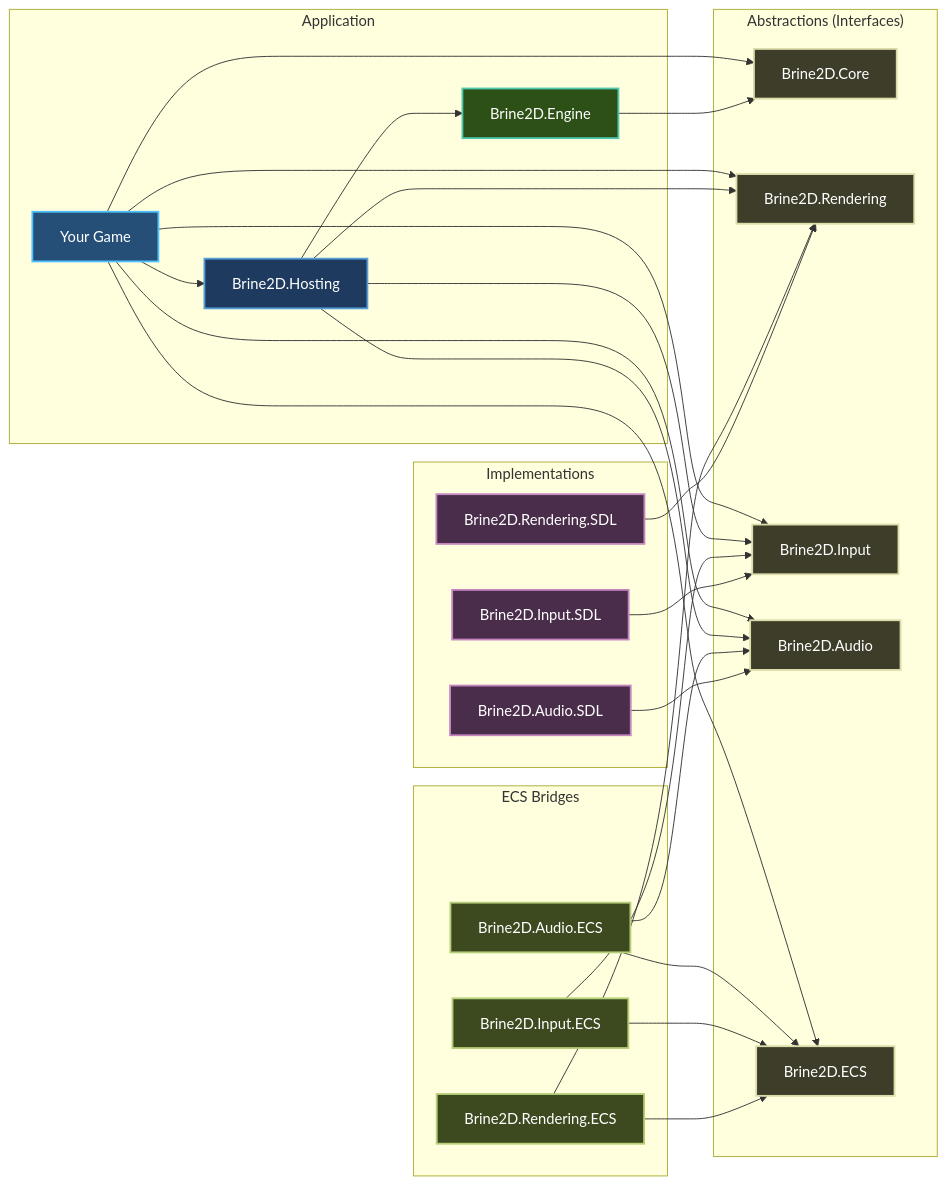
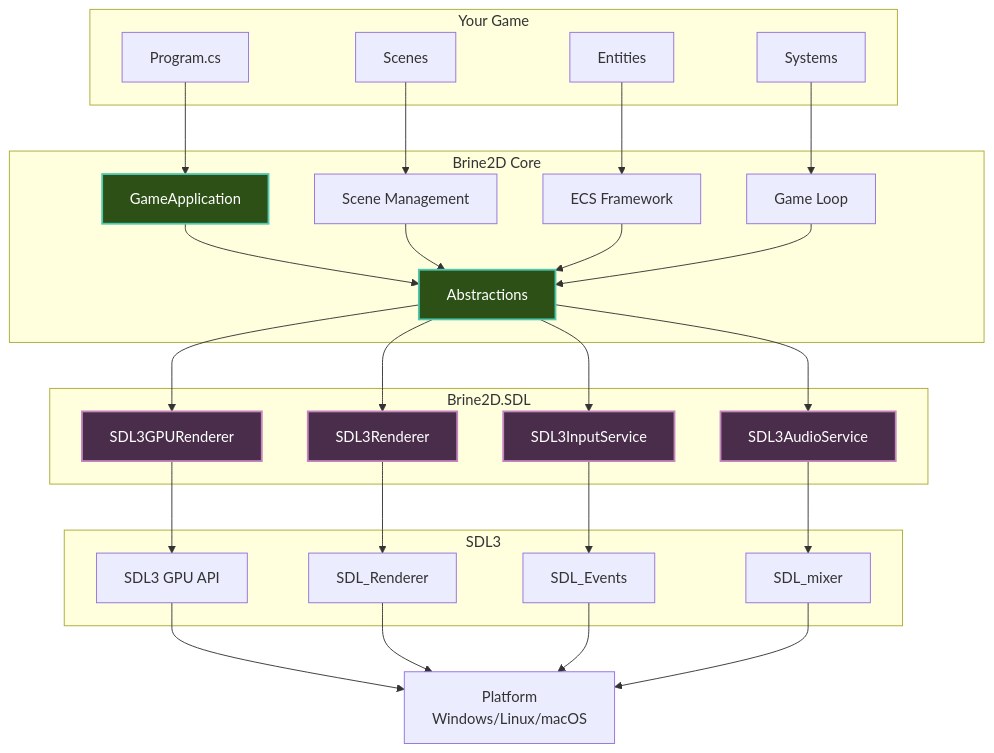
The sixth of 6 diagrams in docs/concepts/architecture.md (CrazyPickleStudios/Brine2D-Documentation), drawn with Mermaid before and after one commit. The commit also changed other lines of this file and 19 other files, not shown here.

````diff
--- a/docs/concepts/architecture.md
+++ b/docs/concepts/architecture.md
@@ -161,67 +816,63 @@
-```mermaid
-graph LR
-    subgraph "Abstractions (Interfaces)"
-        CORE["Brine2D.Core"]
-        RENDERING["Brine2D.Rendering"]
-        INPUT["Brine2D.Input"]
-        AUDIO["Brine2D.Audio"]
-        ECS["Brine2D.ECS"]
+~~~mermaid
+graph TB
+    subgraph "Your Game"
+        A1[Program.cs]
+        A2[Scenes]
+        A3[Entities]
+        A4[Systems]
     end
     
-    subgraph "Implementations"
-        SDL_RENDER["Brine2D.Rendering.SDL"]
-        SDL_INPUT["Brine2D.Input.SDL"]
-        SDL_AUDIO["Brine2D.Audio.SDL"]
+    subgraph "Brine2D Core"
+        B1[GameApplication]
+        B2[Scene Management]
+        B3[ECS Framework]
+        B4[Game Loop]
+        B5[Abstractions]
     end
     
-    subgraph "ECS Bridges"
-        RENDER_ECS["Brine2D.Rendering.ECS"]
-        INPUT_ECS["Brine2D.Input.ECS"]
-        AUDIO_ECS["Brine2D.Audio.ECS"]
+    subgraph "Brine2D.SDL"
+        C1[SDL3GPURenderer]
+        C2[SDL3Renderer]
+        C3[SDL3InputService]
+        C4[SDL3AudioService]
     end
     
-    subgraph "Application"
-        HOSTING["Brine2D.Hosting"]
-        ENGINE["Brine2D.Engine"]
-        GAME["Your Game"]
+    subgraph "SDL3"
+        D1[SDL3 GPU API]
+        D2[SDL_Renderer]
+        D3[SDL_Events]
+        D4[SDL_mixer]
     end
     
-    SDL_RENDER --> RENDERING
-    SDL_INPUT --> INPUT
-    SDL_AUDIO --> AUDIO
+    A1 --> B1
+    A2 --> B2
+    A3 --> B3
+    A4 --> B4
     
-    RENDER_ECS --> RENDERING
-    RENDER_ECS --> ECS
-    INPUT_ECS --> INPUT
-    INPUT_ECS --> ECS
-    AUDIO_ECS --> AUDIO
-    AUDIO_ECS --> ECS
+    B1 --> B5
+    B2 --> B5
+    B3 --> B5
+    B4 --> B5
     
-    ENGINE --> CORE
-    HOSTING --> ENGINE
-    HOSTING --> RENDERING
-    HOSTING --> INPUT
-    HOSTING --> AUDIO
+    B5 --> C1
+    B5 --> C2
+    B5 --> C3
+    B5 --> C4
     
-    GAME --> HOSTING
-    GAME --> CORE
-    GAME --> RENDERING
-    GAME --> INPUT
-    GAME --> AUDIO
-    GAME --> ECS
-
-    style CORE fill:#3d3d2a,stroke:#dcdcaa,stroke-width:2px,color:#fff
-    style RENDERING fill:#3d3d2a,stroke:#dcdcaa,stroke-width:2px,color:#fff
-    style INPUT fill:#3d3d2a,stroke:#dcdcaa,stroke-width:2px,color:#fff
-    style AUDIO fill:#3d3d2a,stroke:#dcdcaa,stroke-width:2px,color:#fff
-    style ECS fill:#3d3d2a,stroke:#dcdcaa,stroke-width:2px,color:#fff
-    style SDL_RENDER fill:#4a2d4a,stroke:#c586c0,stroke-width:2px,color:#fff
-    style SDL_INPUT fill:#4a2d4a,stroke:#c586c0,stroke-width:2px,color:#fff
-    style SDL_AUDIO fill:#4a2d4a,stroke:#c586c0,stroke-width:2px,color:#fff
-    style RENDER_ECS fill:#3d4a1f,stroke:#b5ce78,stroke-width:2px,color:#fff
-    style INPUT_ECS fill:#3d4a1f,stroke:#b5ce78,stroke-width:2px,color:#fff
-    style AUDIO_ECS fill:#3d4a1f,stroke:#b5ce78,stroke-width:2px,color:#fff
-    style HOSTING fill:#1e3a5f,stroke:#569cd6,stroke-width:2px,color:#fff
-    style ENGINE fill:#2d5016,stroke:#4ec9b0,stroke-width:2px,color:#fff
-    style GAME fill:#264f78,stroke:#4fc1ff,stroke-width:2px,color:#fff
-```
+    C1 --> D1
+    C2 --> D2
+    C3 --> D3
+    C4 --> D4
+    
+    D1 --> E[Platform<br/>Windows/Linux/macOS]
+    D2 --> E
+    D3 --> E
+    D4 --> E
+    
+    style B1 fill:#2d5016,stroke:#4ec9b0,stroke-width:2px,color:#fff
+    style B5 fill:#2d5016,stroke:#4ec9b0,stroke-width:2px,color:#fff
+    style C1 fill:#4a2d4a,stroke:#c586c0,stroke-width:2px,color:#fff
+    style C2 fill:#4a2d4a,stroke:#c586c0,stroke-width:2px,color:#fff
+    style C3 fill:#4a2d4a,stroke:#c586c0,stroke-width:2px,color:#fff
+    style C4 fill:#4a2d4a,stroke:#c586c0,stroke-width:2px,color:#fff
+~~~
````
